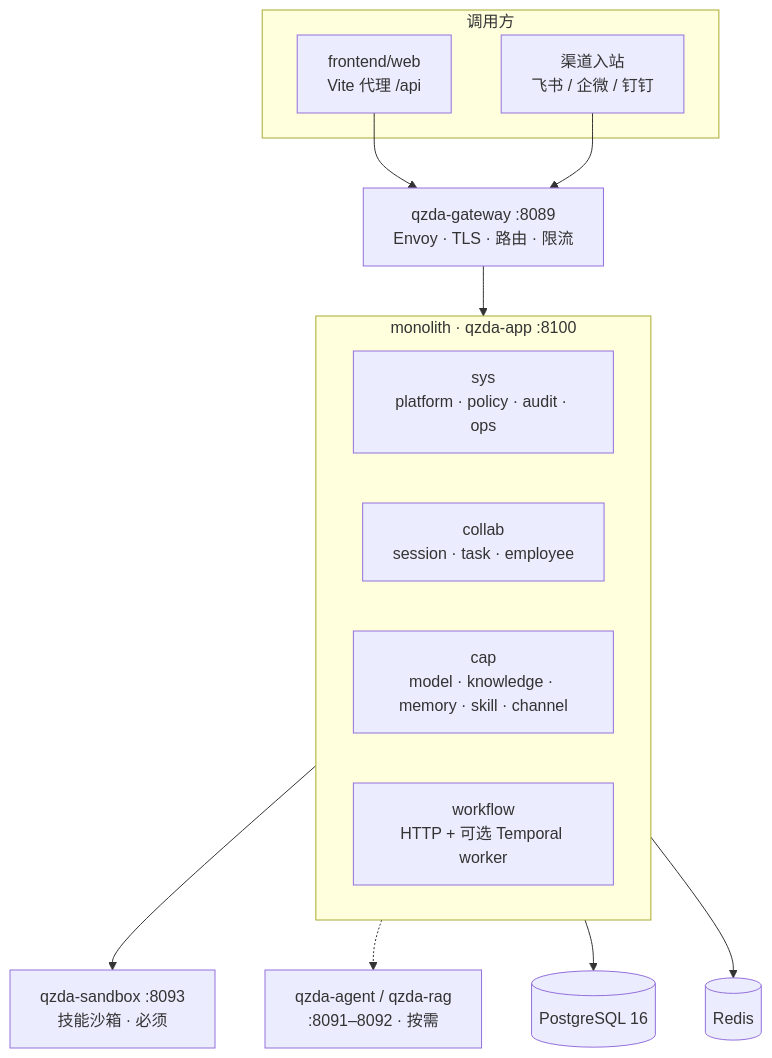
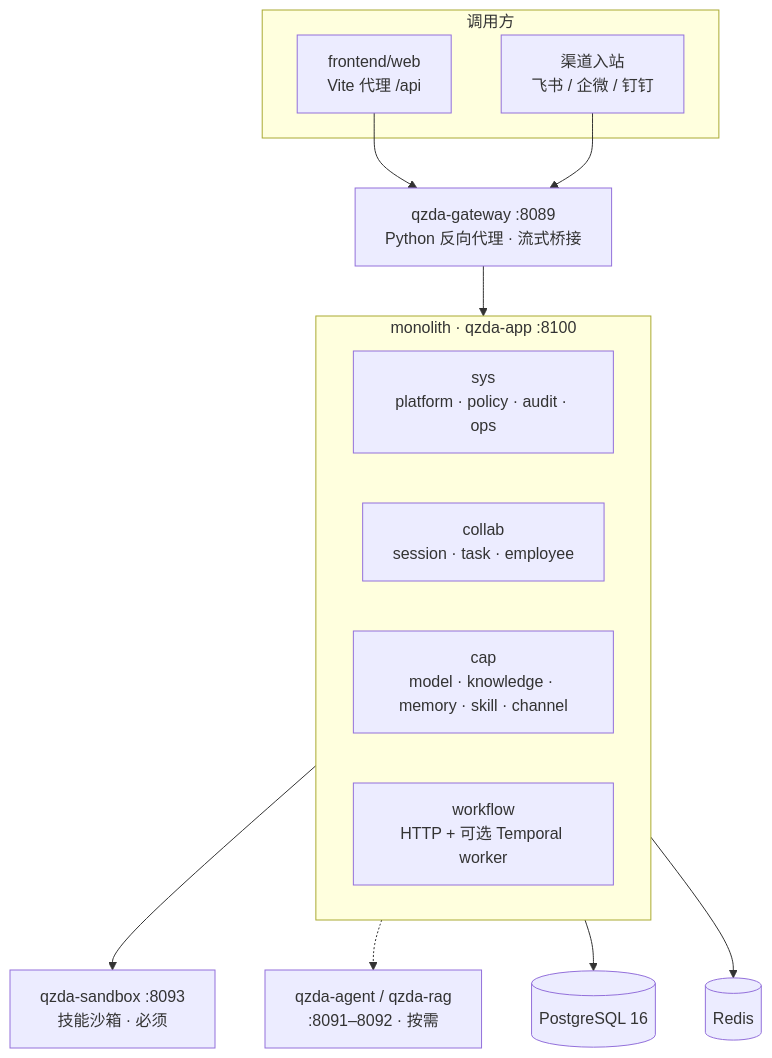
One commit to Lianjifu/QiZhiDaPartnerPlatform changed the first of 3 diagrams in backend/README.md. Above: the diagram before and after it, drawn with Mermaid. The commit also changed other lines of this file and 22 other files, not shown here.

````diff
--- a/backend/README.md
+++ b/backend/README.md
@@ -45,30 +59,30 @@
 ```mermaid
 flowchart TB
   subgraph Clients["调用方"]
     FE["frontend/web<br/>Vite 代理 /api"]
     CH["渠道入站<br/>飞书 / 企微 / 钉钉"]
   end
 
-  GW["qzda-gateway :8089<br/>Envoy · TLS · 路由 · 限流"]
+  GW["qzda-gateway :8089<br/>Python 反向代理 · 流式桥接"]
 
   FE --> GW
   CH --> GW
 
   subgraph Mono["monolith · qzda-app :8100"]
     SYS["sys<br/>platform · policy · audit · ops"]
     COL["collab<br/>session · task · employee"]
     CAP["cap<br/>model · knowledge · memory · skill · channel"]
     FLOW["workflow<br/>HTTP + 可选 Temporal worker"]
   end
 
   SK["qzda-sandbox :8093<br/>技能沙箱 · 必须"]
   AI["qzda-agent / qzda-rag<br/>:8091–8092 · 按需"]
   PG[(PostgreSQL 16)]
   RD[(Redis)]
 
   GW --> Mono
   Mono --> SK
   Mono -.-> AI
   Mono --> PG
   Mono --> RD
 ```
````
